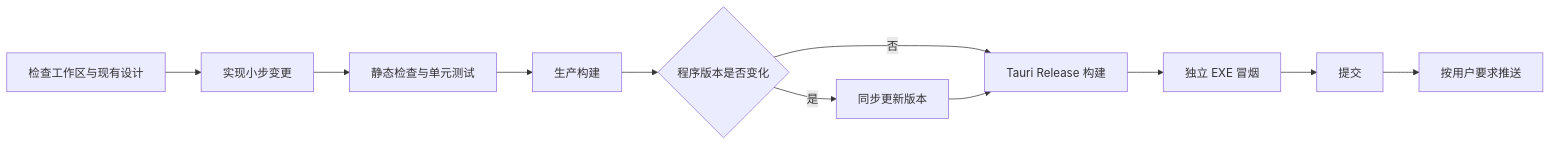
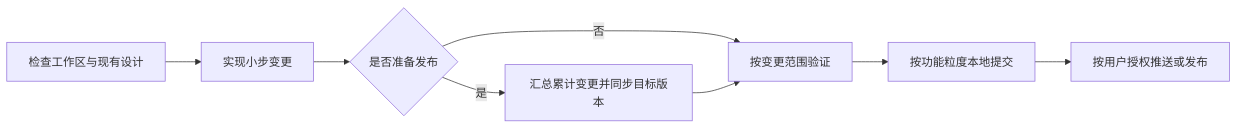
The diagram in docs/WORKFLOW.md (woooooooooolf/eRAW), drawn with Mermaid before and after one commit. The commit also changed other lines of this file and 2 other files, not shown here.

````diff
--- a/docs/WORKFLOW.md
+++ b/docs/WORKFLOW.md
@@ -45,13 +67,10 @@
 ```mermaid
 flowchart LR
     A["检查工作区与现有设计"] --> B["实现小步变更"]
-    B --> C["静态检查与单元测试"]
-    C --> D["生产构建"]
-    D --> E{"程序版本是否变化"}
-    E -- "是" --> F["同步更新版本"]
-    E -- "否" --> G["Tauri Release 构建"]
-    F --> G
-    G --> H["独立 EXE 冒烟"]
-    H --> I["提交"]
-    I --> J["按用户要求推送"]
+    B --> C{"是否准备发布"}
+    C -- "是" --> D["汇总累计变更并同步目标版本"]
+    C -- "否" --> E["按变更范围验证"]
+    D --> E
+    E --> F["按功能粒度本地提交"]
+    F --> G["按用户授权推送或发布"]
 ```
````
